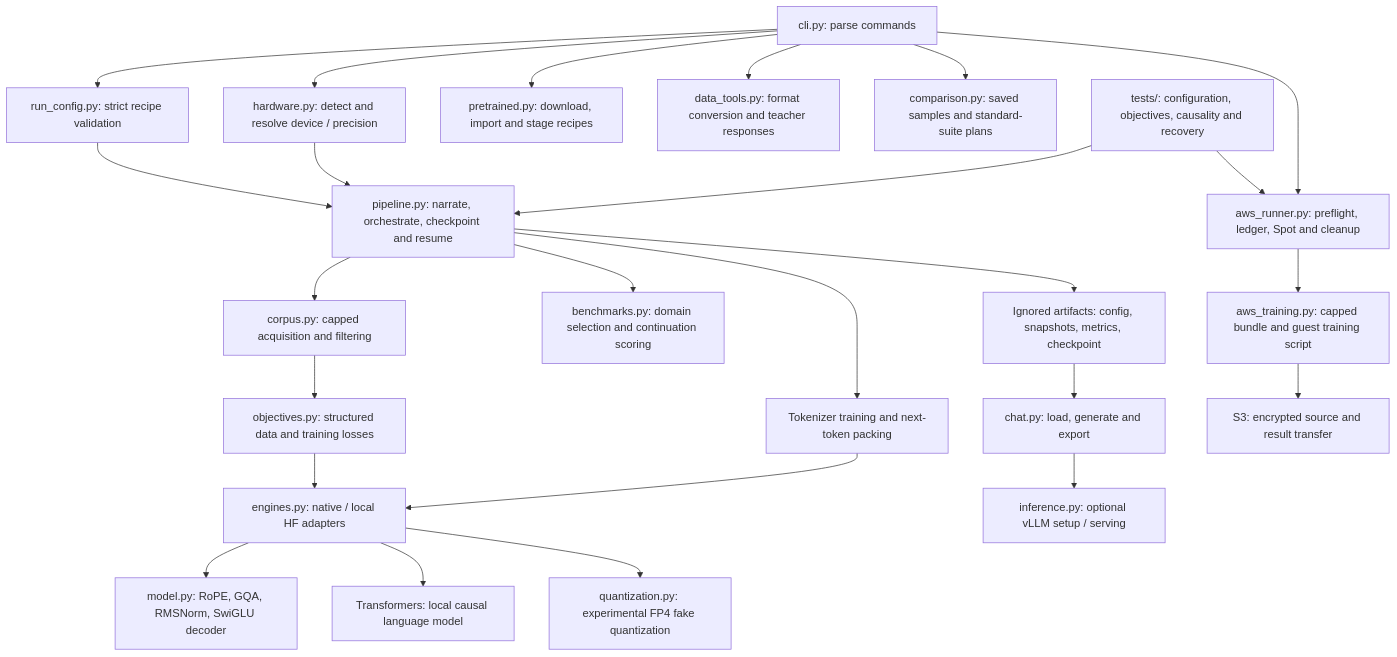
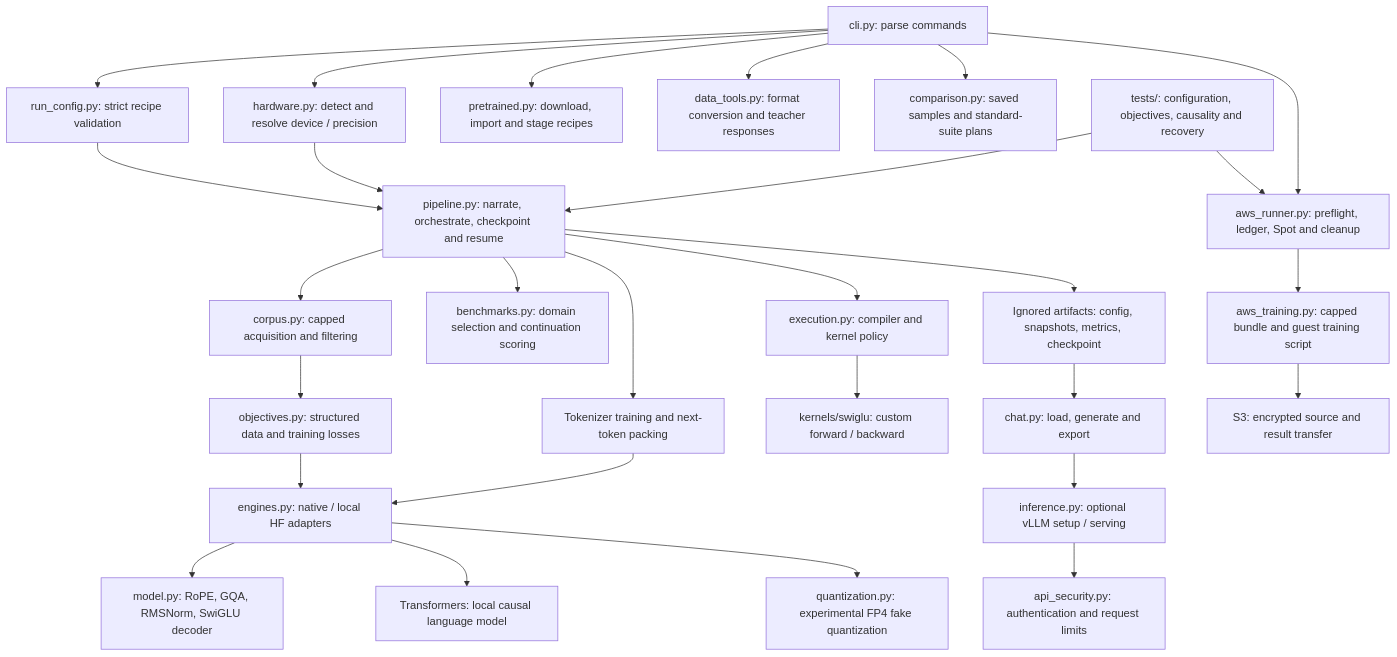
The second of 2 diagrams in README.md (ashaytamhane/modelchef), drawn with Mermaid before and after one commit. The commit also changed other lines of this file, not shown here.

````diff
--- a/README.md
+++ b/README.md
@@ -97,27 +760,30 @@
 ```mermaid
 flowchart TD
     CLI[cli.py: parse commands] --> Config[run_config.py: strict recipe validation]
     CLI --> HW[hardware.py: detect and resolve device / precision]
     CLI --> PT[pretrained.py: download, import and stage recipes]
     CLI --> Tools[data_tools.py: format conversion and teacher responses]
     CLI --> Compare[comparison.py: saved samples and standard-suite plans]
     Config --> Pipeline[pipeline.py: narrate, orchestrate, checkpoint and resume]
     HW --> Pipeline
     Pipeline --> Corpus[corpus.py: capped acquisition and filtering]
     Pipeline --> Bench[benchmarks.py: domain selection and continuation scoring]
     Pipeline --> Pack[Tokenizer training and next-token packing]
     Corpus --> Objective[objectives.py: structured data and training losses]
     Pack --> Engine[engines.py: native / local HF adapters]
     Objective --> Engine
+    Pipeline --> Execution[execution.py: compiler and kernel policy]
+    Execution --> CUDA[kernels/swiglu: custom forward / backward]
     Engine --> Native[model.py: RoPE, GQA, RMSNorm, SwiGLU decoder]
     Engine --> HF[Transformers: local causal language model]
     Engine --> Quant[quantization.py: experimental FP4 fake quantization]
     Pipeline --> Saved[Ignored artifacts: config, snapshots, metrics, checkpoint]
     Saved --> Chat[chat.py: load, generate and export]
     Chat --> VLLM[inference.py: optional vLLM setup / serving]
+    VLLM --> Security[api_security.py: authentication and request limits]
     CLI --> Spot[aws_runner.py: preflight, ledger, Spot and cleanup]
     Spot --> Bundle[aws_training.py: capped bundle and guest training script]
     Bundle --> S3[S3: encrypted source and result transfer]
     Tests[tests/: configuration, objectives, causality and recovery] --> Pipeline
     Tests --> Spot
 ```
````
